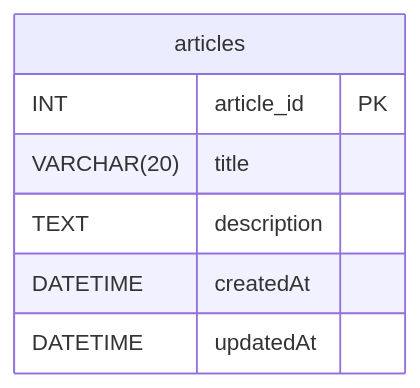
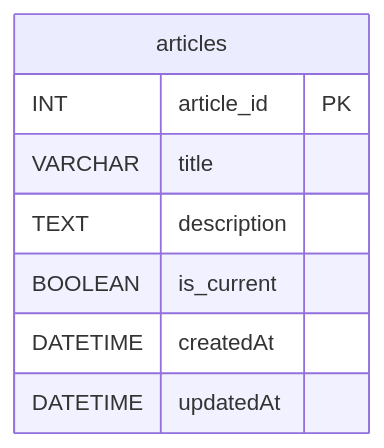
The diagram in データモデリング/課題2/課題2.md (ISAWASHUN/PrAhaChallenge), drawn with Mermaid before and after one commit. The commit also changed other lines of this file and 1 other file, not shown here.

````diff
--- a/データモデリング/課題2/課題2.md
+++ b/データモデリング/課題2/課題2.md
@@ -38,10 +40,11 @@
 ```mermaid
 erDiagram 
   articles {
       INT article_id PK 
-      VARCHAR(20) title
+      VARCHAR title
       TEXT description
+      BOOLEAN is_current
       DATETIME createdAt
       DATETIME updatedAt
   }
 ```
````
